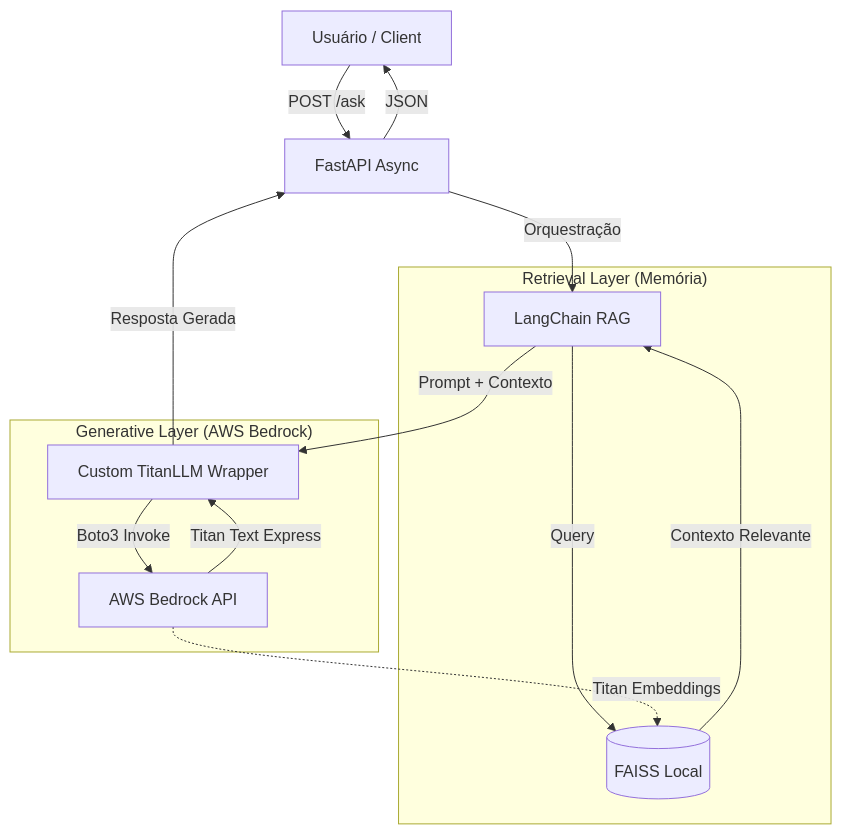
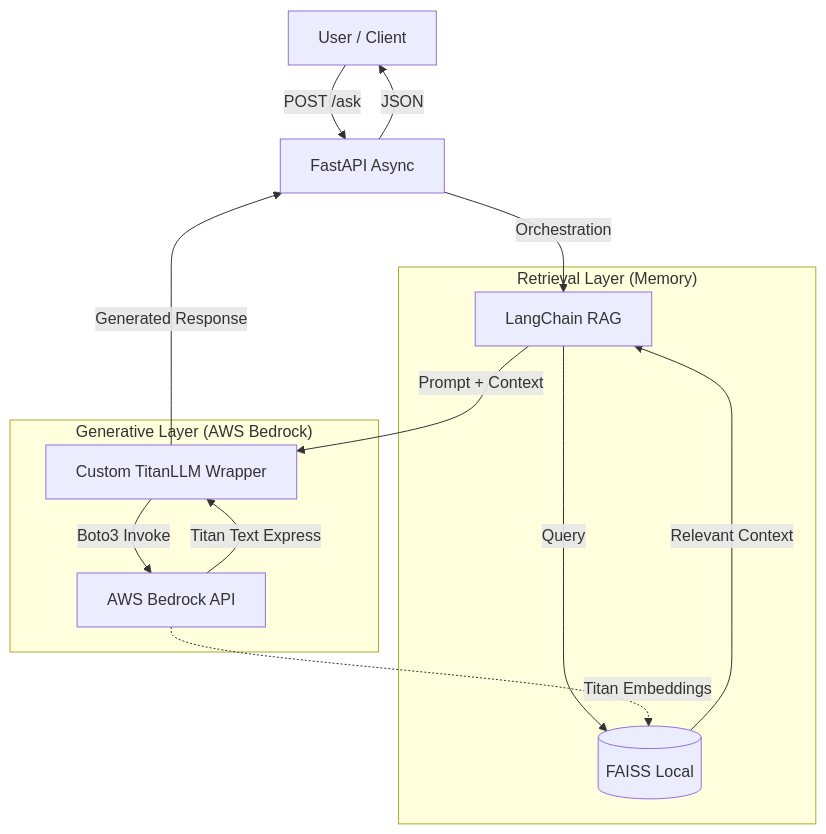
Before and after one commit to Pissaia92/AWS-Bedrock-Enterprise-RAG-Template: the diagram in README.md, drawn with Mermaid.

Commit message:
Update README.md for language and terminology clarity

````diff
--- a/README.md
+++ b/README.md
@@ -7,20 +7,20 @@
 ```mermaid
 graph TD
-    User[Usuário / Client] -->|POST /ask| API[FastAPI Async]
-    API -->|Orquestração| Chain[LangChain RAG]
+    User[User / Client] -->|POST /ask| API[FastAPI Async]
+    API -->|Orchestration| Chain[LangChain RAG]
     
-    subgraph "Retrieval Layer (Memória)"
+    subgraph "Retrieval Layer (Memory)"
         Chain -->|Query| VectorDB[(FAISS Local)]
-        VectorDB -->|Contexto Relevante| Chain
+        VectorDB -->|Relevant Context| Chain
     end
     
     subgraph "Generative Layer (AWS Bedrock)"
-        Chain -->|Prompt + Contexto| Wrapper[Custom TitanLLM Wrapper]
+        Chain -->|Prompt + Context| Wrapper[Custom TitanLLM Wrapper]
         Wrapper -->|Boto3 Invoke| Bedrock[AWS Bedrock API]
         Bedrock -.->|Titan Embeddings| VectorDB
         Bedrock -->|Titan Text Express| Wrapper
     end
     
-    Wrapper -->|Resposta Gerada| API
+    Wrapper -->|Generated Response| API
     API -->|JSON| User
 ```
````
